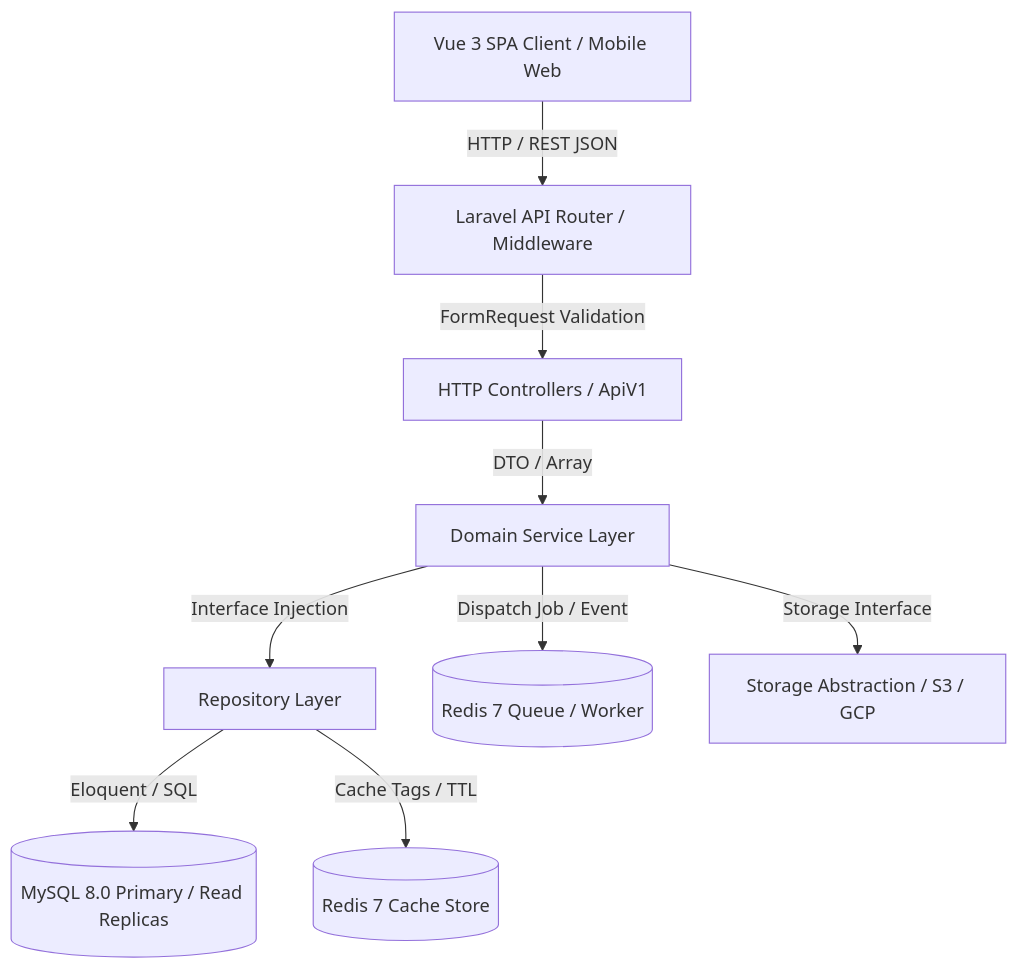
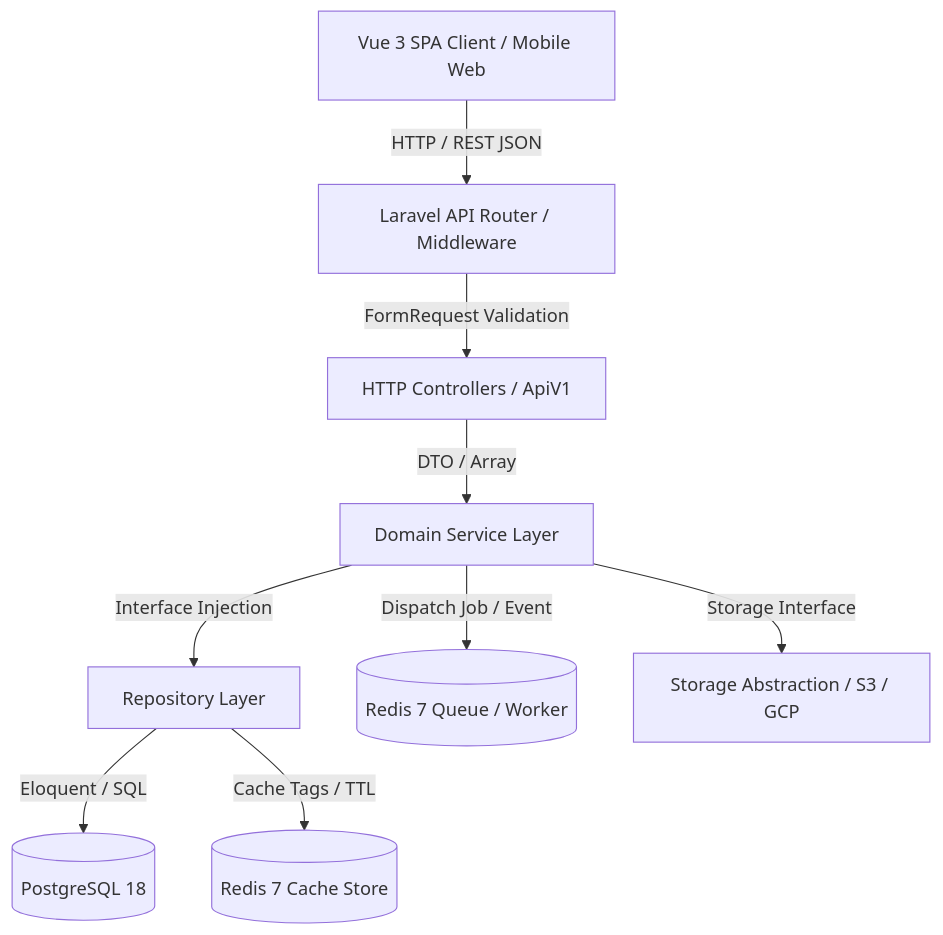
The diagram in docs/ARCHITECTURE.md (ernandopratama/suntrack), drawn with Mermaid before and after one commit. The commit also changed other lines of this file and 18 other files, not shown here.

````diff
--- a/docs/ARCHITECTURE.md
+++ b/docs/ARCHITECTURE.md
@@ -23,11 +23,11 @@
 ```mermaid
 graph TD
     UI[Vue 3 SPA Client / Mobile Web] -->|HTTP / REST JSON| Router[Laravel API Router / Middleware]
     Router -->|FormRequest Validation| Controller[HTTP Controllers / ApiV1]
     Controller -->|DTO / Array| Service[Domain Service Layer]
     Service -->|Interface Injection| Repo[Repository Layer]
-    Repo -->|Eloquent / SQL| DB[(MySQL 8.0 Primary / Read Replicas)]
+    Repo -->|Eloquent / SQL| DB[(PostgreSQL 18)]
     Repo -->|Cache Tags / TTL| Cache[(Redis 7 Cache Store)]
     Service -->|Dispatch Job / Event| Queue[(Redis 7 Queue / Worker)]
     Service -->|Storage Interface| Storage[Storage Abstraction / S3 / GCP]
 ```
````
